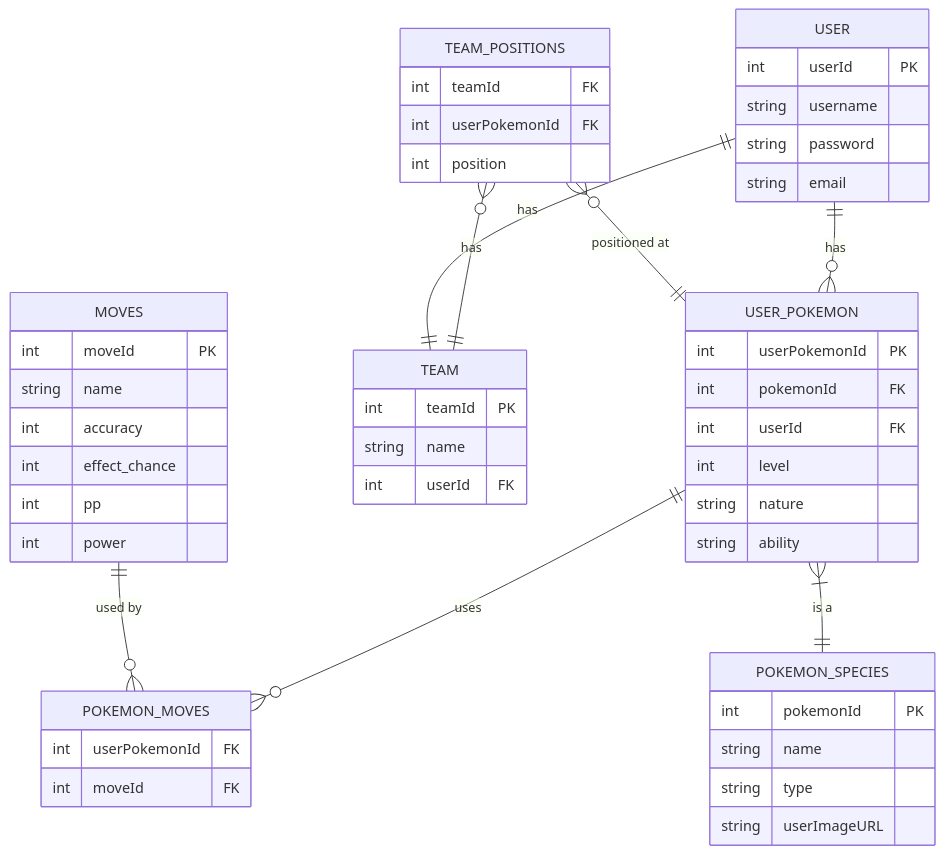
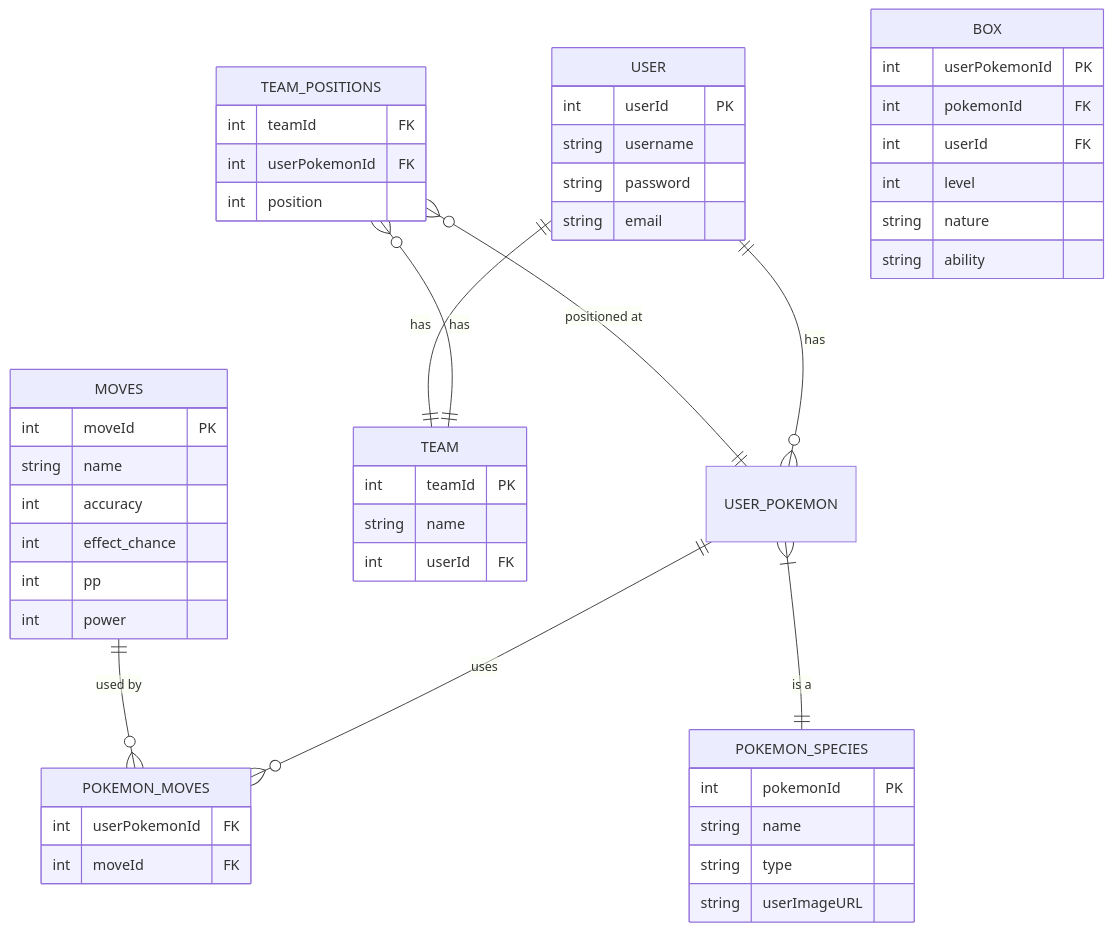
The diagram in README.md (tjklint/PokePC), drawn with Mermaid before and after one commit. The commit also changed other lines of this file, not shown here.

````diff
--- a/README.md
+++ b/README.md
@@ -53,59 +53,59 @@
 ```mermaid
 erDiagram
     USER ||--o{ USER_POKEMON : "has"
     TEAM_POSITIONS o{--|| TEAM: "has"
     TEAM_POSITIONS o{--|| USER_POKEMON: "positioned at"
     USER||--|| TEAM:"has"
     USER_POKEMON ||--o{ POKEMON_MOVES : "uses"
     MOVES ||--o{ POKEMON_MOVES : "used by"
     USER_POKEMON }|--|| POKEMON_SPECIES : "is a"
 
     USER {
         int userId PK
         string username
         string password
         string email
     }
 
     POKEMON_SPECIES {
         int pokemonId PK
         string name
         string type
         string userImageURL
     }
 
-    USER_POKEMON {
+    BOX {
         int userPokemonId PK
         int pokemonId FK
         int userId FK
         int level
         string nature
         string ability
     }
 
     TEAM {
         int teamId PK
         string name
         int userId FK
     }
 
     TEAM_POSITIONS {
         int teamId FK
         int userPokemonId FK
         int position
     }
 
     MOVES {
         int moveId PK
         string name 
         int accuracy
         int effect_chance
         int pp   
         int power
     }
 
     POKEMON_MOVES {
         int userPokemonId FK
         int moveId FK
     }
 ```
````
